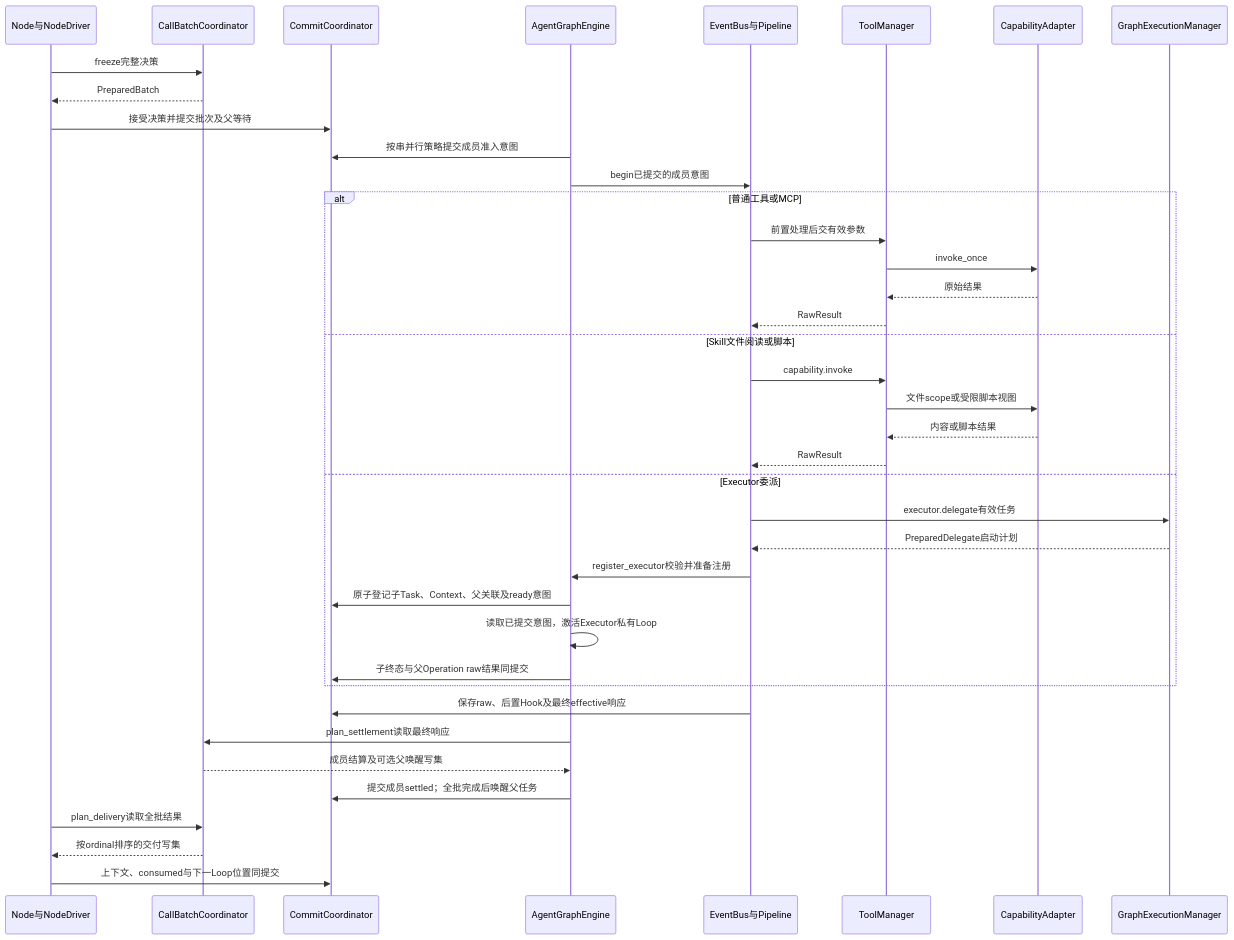
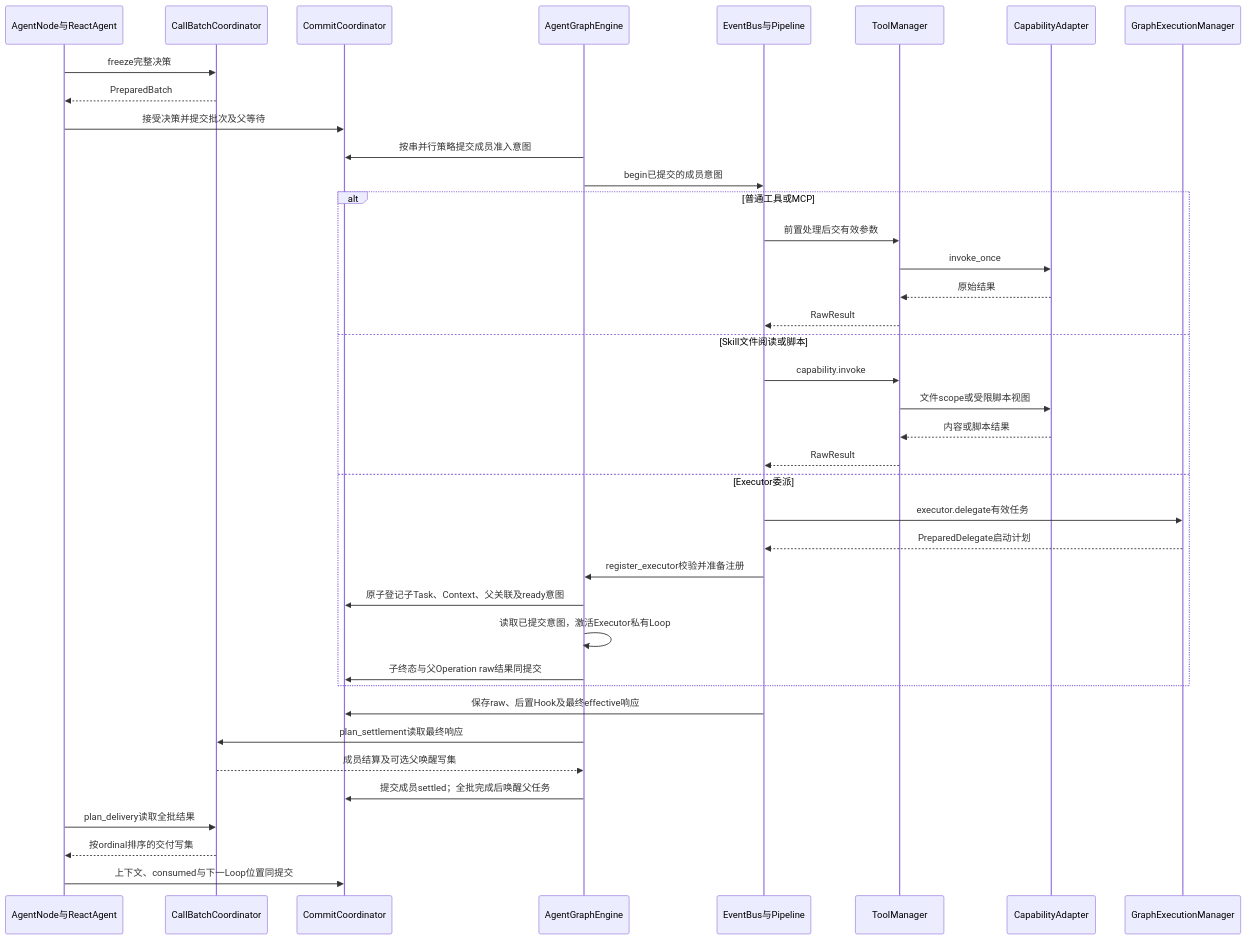
The eighth of 9 diagrams in docs/sdk/object-collaboration.md (dujian0068/agent-loom), drawn with Mermaid before and after one commit. The commit also changed other lines of this file and 28 other files, not shown here.

````diff
--- a/docs/sdk/object-collaboration.md
+++ b/docs/sdk/object-collaboration.md
@@ -386,41 +519,41 @@
 ```mermaid
 sequenceDiagram
-    participant N as Node与NodeDriver
+    participant N as AgentNode与ReactAgent
     participant J as CallBatchCoordinator
     participant C as CommitCoordinator
     participant E as AgentGraphEngine
     participant B as EventBus与Pipeline
     participant T as ToolManager
     participant A as CapabilityAdapter
     participant G as GraphExecutionManager
     N->>J: freeze完整决策
     J-->>N: PreparedBatch
     N->>C: 接受决策并提交批次及父等待
     E->>C: 按串并行策略提交成员准入意图
     E->>B: begin已提交的成员意图
     alt 普通工具或MCP
         B->>T: 前置处理后交有效参数
         T->>A: invoke_once
         A-->>T: 原始结果
         T-->>B: RawResult
     else Skill文件阅读或脚本
         B->>T: capability.invoke
         T->>A: 文件scope或受限脚本视图
         A-->>T: 内容或脚本结果
         T-->>B: RawResult
     else Executor委派
         B->>G: executor.delegate有效任务
         G-->>B: PreparedDelegate启动计划
         B->>E: register_executor校验并准备注册
         E->>C: 原子登记子Task、Context、父关联及ready意图
         E->>E: 读取已提交意图，激活Executor私有Loop
         E->>C: 子终态与父Operation raw结果同提交
     end
     B->>C: 保存raw、后置Hook及最终effective响应
     E->>J: plan_settlement读取最终响应
     J-->>E: 成员结算及可选父唤醒写集
     E->>C: 提交成员settled；全批完成后唤醒父任务
     N->>J: plan_delivery读取全批结果
     J-->>N: 按ordinal排序的交付写集
     N->>C: 上下文、consumed与下一Loop位置同提交
 ```
````
